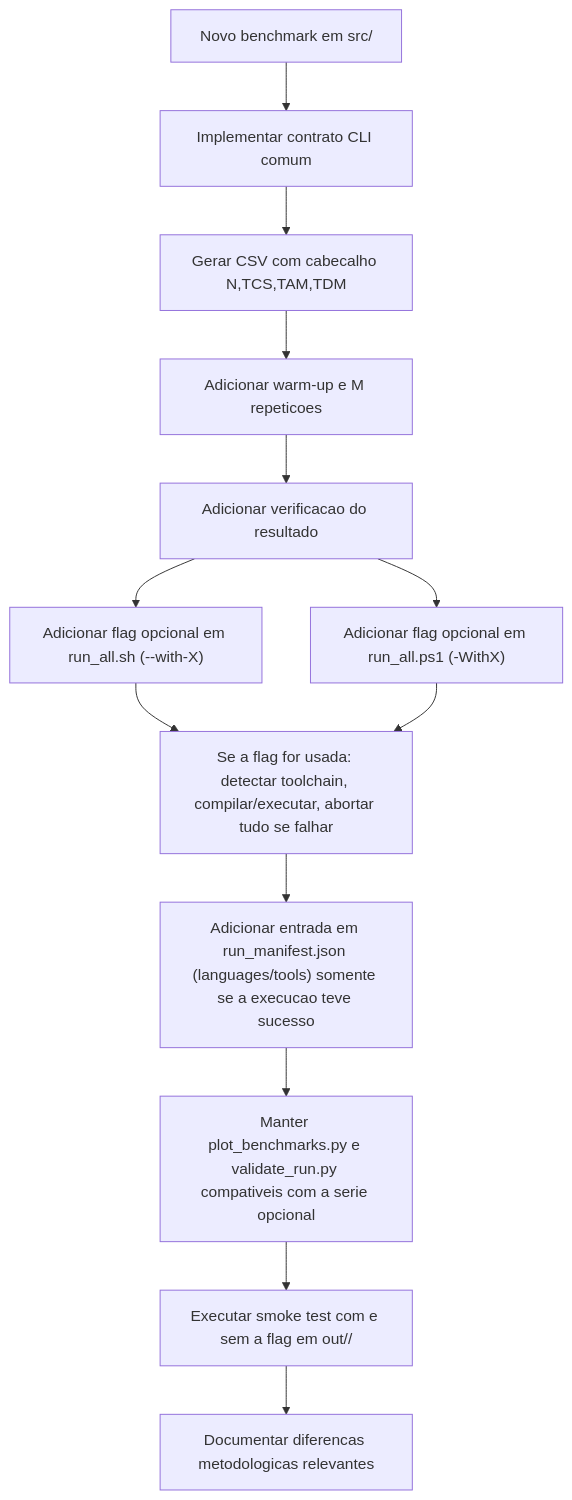
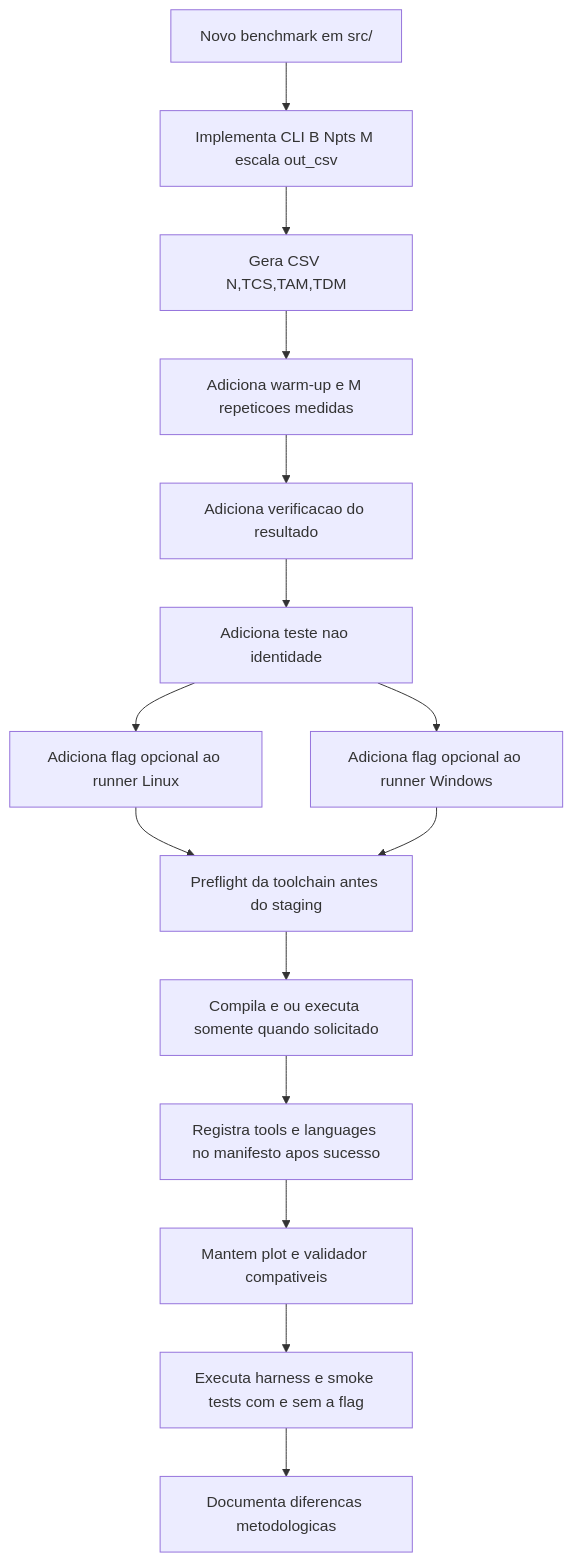
Diagram 16 of 16 in docs/DIAGRAMS.md (Lucas-Sperotto/matrix-multiplication-benchmark), drawn with Mermaid before and after one commit. The commit also changed other lines of this file, not shown here.

Commit message:
docs: corrige diagramas Mermaid e atualiza fluxo de preflight

````diff
--- a/docs/DIAGRAMS.md
+++ b/docs/DIAGRAMS.md
@@ -489,15 +518,17 @@
 ```mermaid
 flowchart TD
-    A[Novo benchmark em src/] --> B[Implementar contrato CLI comum]
-    B --> C[Gerar CSV com cabecalho N,TCS,TAM,TDM]
-    C --> D[Adicionar warm-up e M repeticoes]
-    D --> E[Adicionar verificacao do resultado]
-    E --> F["Adicionar flag opcional em run_all.sh (--with-X)"]
-    E --> G["Adicionar flag opcional em run_all.ps1 (-WithX)"]
-    F --> H["Se a flag for usada: detectar toolchain, compilar/executar, abortar tudo se falhar"]
-    G --> H
-    H --> I["Adicionar entrada em run_manifest.json (languages/tools) somente se a execucao teve sucesso"]
-    I --> J["Manter plot_benchmarks.py e validate_run.py compativeis com a serie opcional"]
-    J --> K["Executar smoke test com e sem a flag em out/<run_id>/"]
-    K --> L[Documentar diferencas metodologicas relevantes]
+    A["Novo benchmark em src/"] --> B["Implementa CLI B Npts M escala out_csv"]
+    B --> C["Gera CSV N,TCS,TAM,TDM"]
+    C --> D["Adiciona warm-up e M repeticoes medidas"]
+    D --> E["Adiciona verificacao do resultado"]
+    E --> F["Adiciona teste nao identidade"]
+    F --> G["Adiciona flag opcional ao runner Linux"]
+    F --> H["Adiciona flag opcional ao runner Windows"]
+    G --> I["Preflight da toolchain antes do staging"]
+    H --> I
+    I --> J["Compila e ou executa somente quando solicitado"]
+    J --> K["Registra tools e languages no manifesto apos sucesso"]
+    K --> L["Mantem plot e validador compativeis"]
+    L --> M["Executa harness e smoke tests com e sem a flag"]
+    M --> N["Documenta diferencas metodologicas"]
 ```
````
